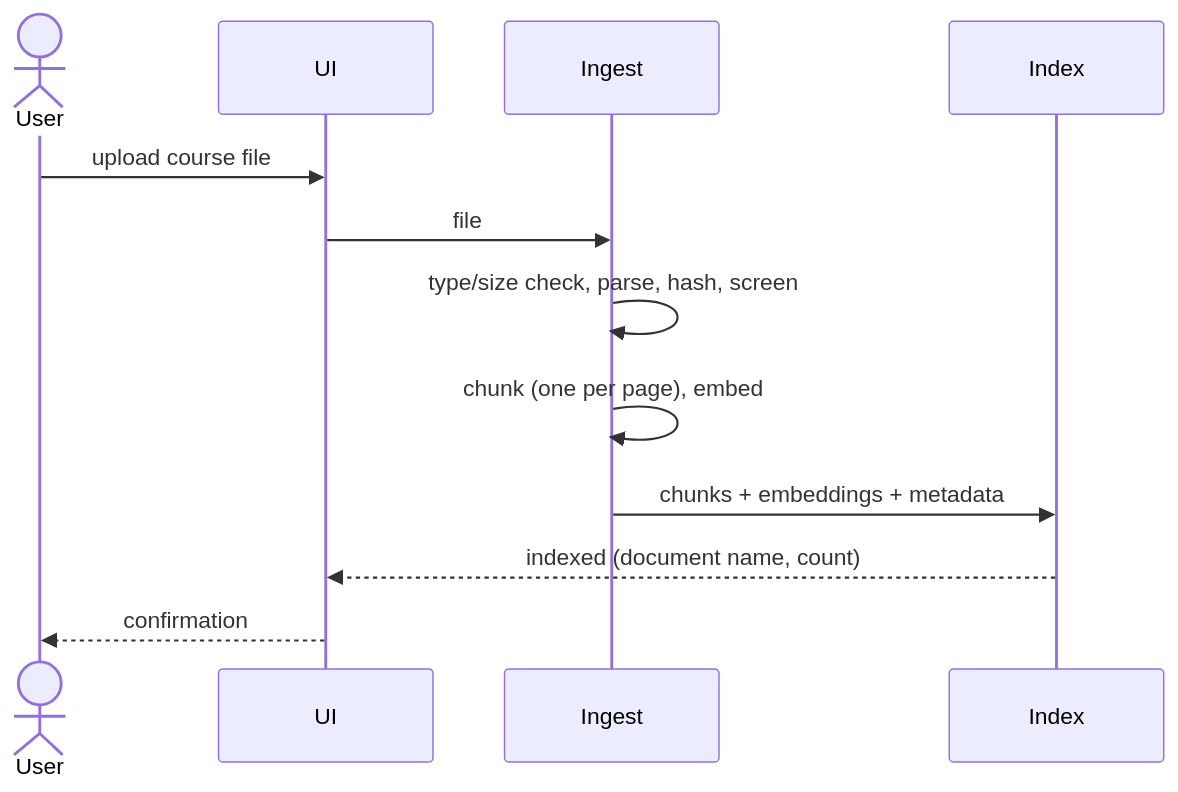
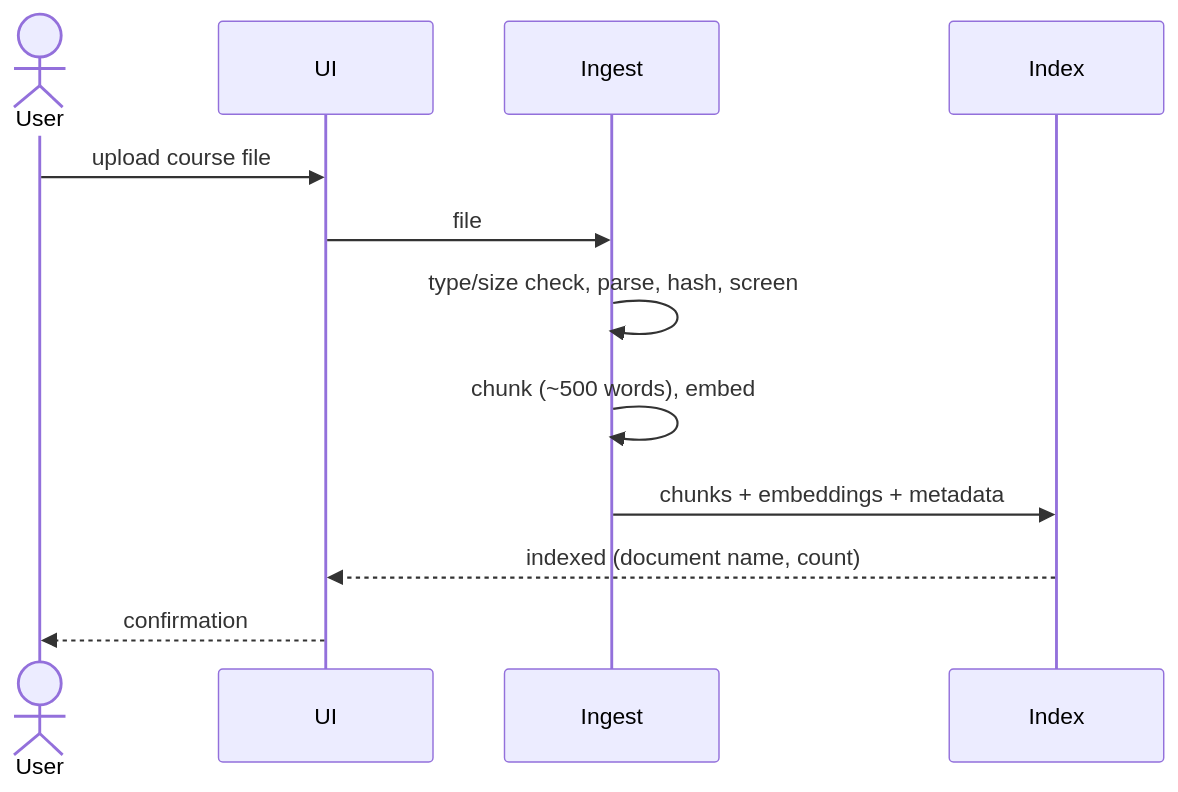
The second of 6 diagrams in docs/architecure.md (asamc/TutorAndQuizBot), drawn with Mermaid before and after one commit. The commit also changed other lines of this file and 4 other files, not shown here.

````diff
--- a/docs/architecure.md
+++ b/docs/architecure.md
@@ -61,15 +61,15 @@
 ```mermaid
 sequenceDiagram
     actor User
     participant UI
     participant Ingest
     participant Index
 
     User->>UI: upload course file
     UI->>Ingest: file
     Ingest->>Ingest: type/size check, parse, hash, screen
-    Ingest->>Ingest: chunk (one per page), embed
+    Ingest->>Ingest: chunk (~500 words), embed
     Ingest->>Index: chunks + embeddings + metadata
     Index-->>UI: indexed (document name, count)
     UI-->>User: confirmation
 ```
````
